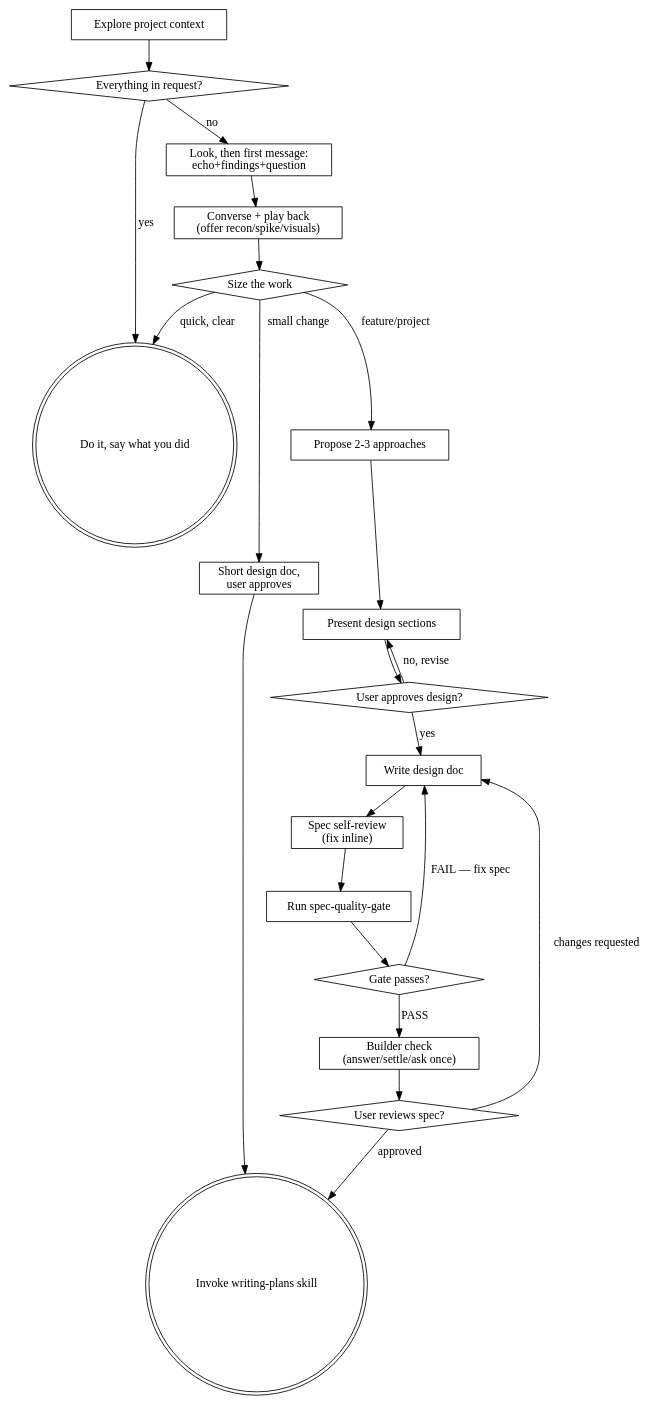
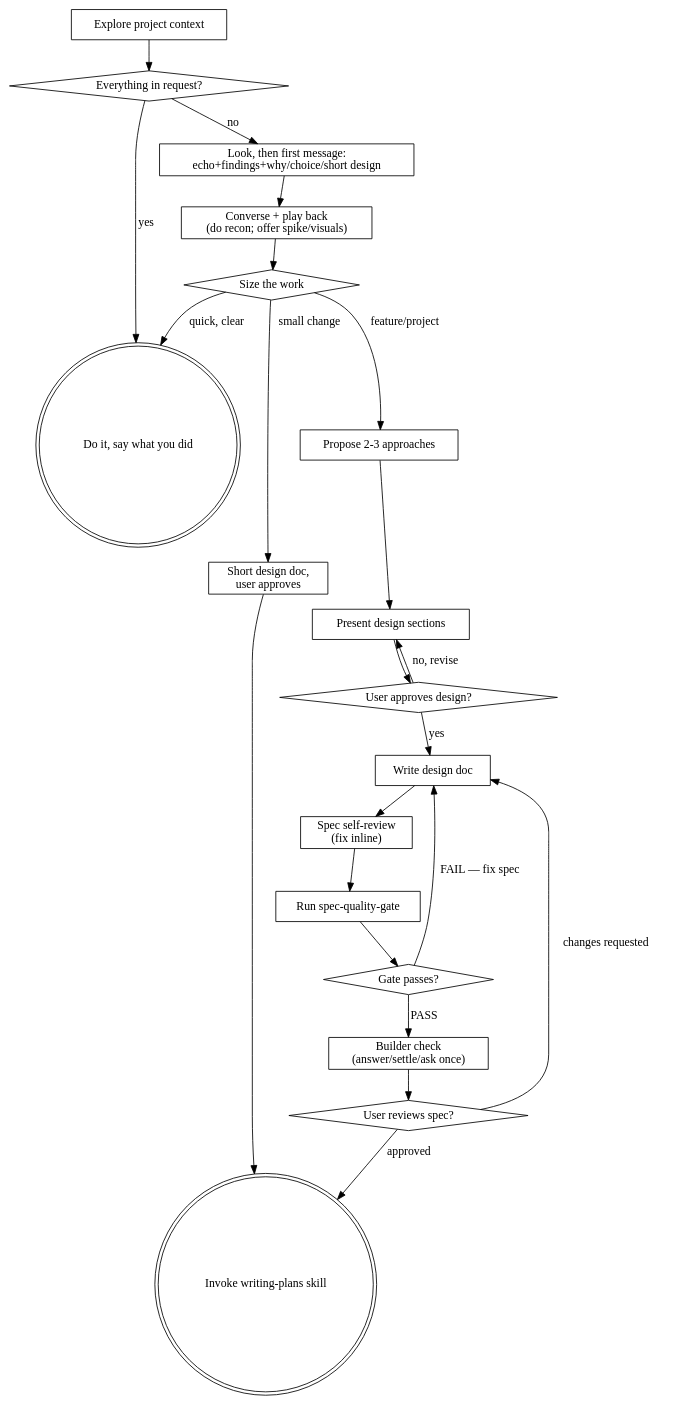
One commit to CagesThrottleUs/private-ai-harness changed the diagram in skills/brainstorming/references/process-flow.md. Above: the diagram before and after it, drawn with Graphviz. The commit also changed 25 other files, not shown here.

````diff
--- a/skills/brainstorming/references/process-flow.md
+++ b/skills/brainstorming/references/process-flow.md
@@ -7,43 +7,43 @@
 ```dot
 digraph brainstorming {
     "Explore project context" [shape=box];
     "Everything in request?" [shape=diamond];
     "Do it, say what you did" [shape=doublecircle];
-    "Look, then first message:\necho+findings+question" [shape=box];
-    "Converse + play back\n(offer recon/spike/visuals)" [shape=box];
+    "Look, then first message:\necho+findings+why/choice/short design" [shape=box];
+    "Converse + play back\n(do recon; offer spike/visuals)" [shape=box];
     "Size the work" [shape=diamond];
     "Short design doc,\nuser approves" [shape=box];
     "Propose 2-3 approaches" [shape=box];
     "Present design sections" [shape=box];
     "User approves design?" [shape=diamond];
     "Write design doc" [shape=box];
     "Spec self-review\n(fix inline)" [shape=box];
     "Run spec-quality-gate" [shape=box];
     "Gate passes?" [shape=diamond];
     "Builder check\n(answer/settle/ask once)" [shape=box];
     "User reviews spec?" [shape=diamond];
     "Invoke writing-plans skill" [shape=doublecircle];
 
     "Explore project context" -> "Everything in request?";
     "Everything in request?" -> "Do it, say what you did" [label="yes"];
-    "Everything in request?" -> "Look, then first message:\necho+findings+question" [label="no"];
-    "Look, then first message:\necho+findings+question" -> "Converse + play back\n(offer recon/spike/visuals)";
-    "Converse + play back\n(offer recon/spike/visuals)" -> "Size the work";
+    "Everything in request?" -> "Look, then first message:\necho+findings+why/choice/short design" [label="no"];
+    "Look, then first message:\necho+findings+why/choice/short design" -> "Converse + play back\n(do recon; offer spike/visuals)";
+    "Converse + play back\n(do recon; offer spike/visuals)" -> "Size the work";
     "Size the work" -> "Do it, say what you did" [label="quick, clear"];
     "Size the work" -> "Short design doc,\nuser approves" [label="small change"];
     "Short design doc,\nuser approves" -> "Invoke writing-plans skill";
     "Size the work" -> "Propose 2-3 approaches" [label="feature/project"];
     "Propose 2-3 approaches" -> "Present design sections";
     "Present design sections" -> "User approves design?";
     "User approves design?" -> "Present design sections" [label="no, revise"];
     "User approves design?" -> "Write design doc" [label="yes"];
     "Write design doc" -> "Spec self-review\n(fix inline)";
     "Spec self-review\n(fix inline)" -> "Run spec-quality-gate";
     "Run spec-quality-gate" -> "Gate passes?";
     "Gate passes?" -> "Write design doc" [label="FAIL — fix spec"];
     "Gate passes?" -> "Builder check\n(answer/settle/ask once)" [label="PASS"];
     "Builder check\n(answer/settle/ask once)" -> "User reviews spec?";
     "User reviews spec?" -> "Write design doc" [label="changes requested"];
     "User reviews spec?" -> "Invoke writing-plans skill" [label="approved"];
 }
 ```
````
